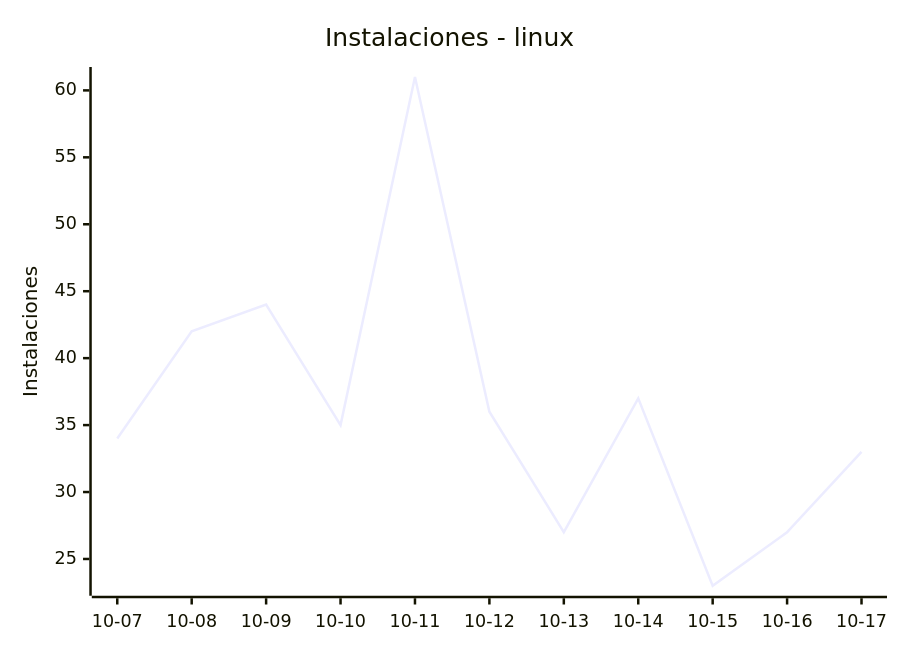
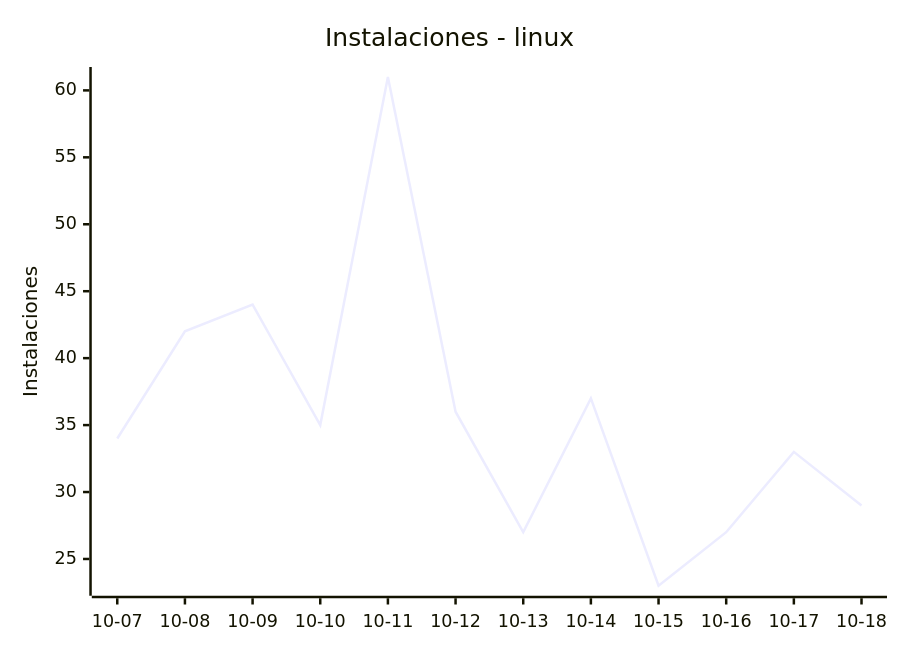
Before and after one commit to EmuDeck/stats: the fourth of 8 diagrams in README.md, drawn with Mermaid. The commit also changed other lines of this file and 2 other files, not shown here.

````diff
--- a/README.md
+++ b/README.md
@@ -52,7 +52,7 @@
 ```mermaid
 xychart-beta
     title "Instalaciones - linux"
-    x-axis ["10-07", "10-08", "10-09", "10-10", "10-11", "10-12", "10-13", "10-14", "10-15", "10-16", "10-17"]
+    x-axis ["10-07", "10-08", "10-09", "10-10", "10-11", "10-12", "10-13", "10-14", "10-15", "10-16", "10-17", "10-18"]
     y-axis "Instalaciones"
-    line [34, 42, 44, 35, 61, 36, 27, 37, 23, 27, 33]
+    line [34, 42, 44, 35, 61, 36, 27, 37, 23, 27, 33, 29]
 ```
````
